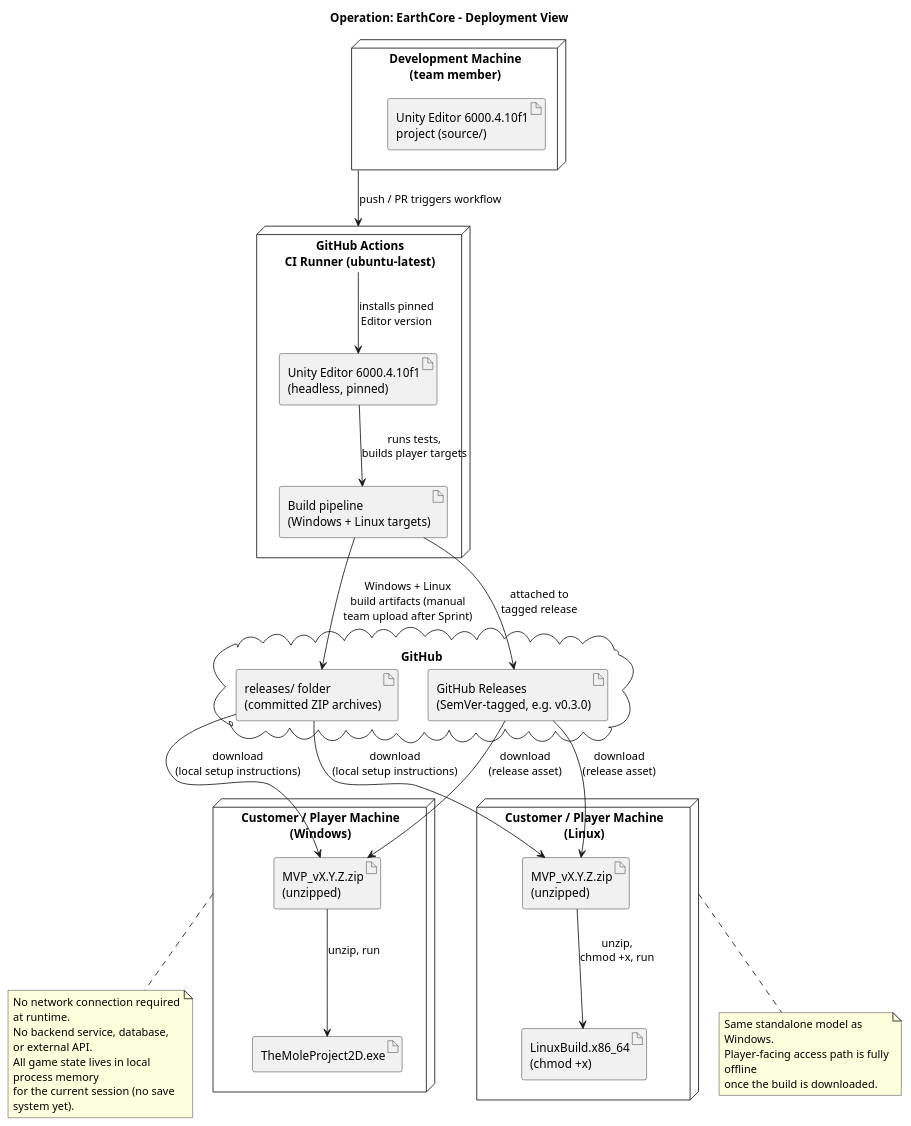
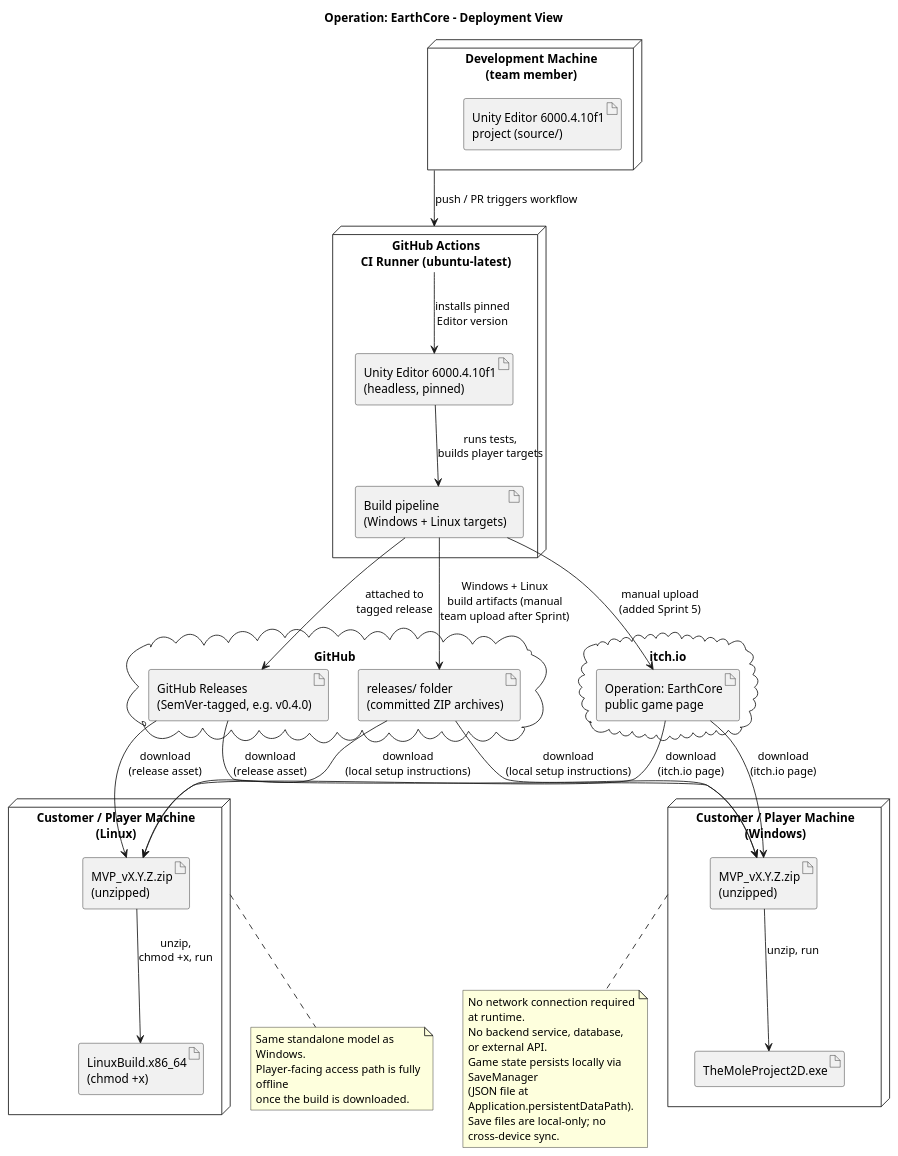
One commit to coolcamilla/Team32 changed the diagram in docs/architecture/deployment-view/deployment-diagram.puml. Above: the diagram before and after it, drawn with PlantUML. The commit also changed 4 other files, not shown here.

Commit message:
docs: update architecture README and component, deployment views

```diff
--- a/docs/architecture/deployment-view/deployment-diagram.puml
+++ b/docs/architecture/deployment-view/deployment-diagram.puml
@@ -1,57 +1,65 @@
 @startuml deployment-diagram
 title Operation: EarthCore - Deployment View
 
 skinparam wrapWidth 200
 
 node "Development Machine\n(team member)" as devbox {
   artifact "Unity Editor 6000.4.10f1\nproject (source/)" as editor
 }
 
 node "GitHub Actions\nCI Runner (ubuntu-latest)" as ci {
   artifact "Unity Editor 6000.4.10f1\n(headless, pinned)" as ciunity
   artifact "Build pipeline\n(Windows + Linux targets)" as buildpipeline
 }
 
 cloud "GitHub" as github {
   artifact "releases/ folder\n(committed ZIP archives)" as releasesfolder
-  artifact "GitHub Releases\n(SemVer-tagged, e.g. v0.3.0)" as ghrelease
+  artifact "GitHub Releases\n(SemVer-tagged, e.g. v0.4.0)" as ghrelease
+}
+
+cloud "itch.io" as itchio {
+  artifact "Operation: EarthCore\npublic game page" as itchpage
 }
 
 node "Customer / Player Machine\n(Windows)" as winmachine {
   artifact "MVP_vX.Y.Z.zip\n(unzipped)" as winbuild
   artifact "TheMoleProject2D.exe" as winexe
 }
 
 node "Customer / Player Machine\n(Linux)" as linuxmachine {
   artifact "MVP_vX.Y.Z.zip\n(unzipped)" as linuxbuild
   artifact "LinuxBuild.x86_64\n(chmod +x)" as linuxexe
 }
 
 devbox --> ci : push / PR triggers workflow
 ci --> ciunity : installs pinned\nEditor version
 ciunity --> buildpipeline : runs tests,\nbuilds player targets
 buildpipeline --> releasesfolder : Windows + Linux\nbuild artifacts (manual\nteam upload after Sprint)
 buildpipeline --> ghrelease : attached to\ntagged release
+buildpipeline --> itchpage : manual upload\n(added Sprint 5)
 
 releasesfolder --> winbuild : download\n(local setup instructions)
 releasesfolder --> linuxbuild : download\n(local setup instructions)
 ghrelease --> winbuild : download\n(release asset)
 ghrelease --> linuxbuild : download\n(release asset)
+itchpage --> winbuild : download\n(itch.io page)
+itchpage --> linuxbuild : download\n(itch.io page)
 
 winbuild --> winexe : unzip, run
 linuxbuild --> linuxexe : unzip,\nchmod +x, run
 
 note bottom of winmachine
   No network connection required at runtime.
   No backend service, database, or external API.
-  All game state lives in local process memory
-  for the current session (no save system yet).
+  Game state persists locally via SaveManager
+  (JSON file at Application.persistentDataPath).
+  Save files are local-only; no cross-device sync.
 end note
 
 note bottom of linuxmachine
   Same standalone model as Windows.
   Player-facing access path is fully offline
   once the build is downloaded.
 end note
 
 @enduml
```
